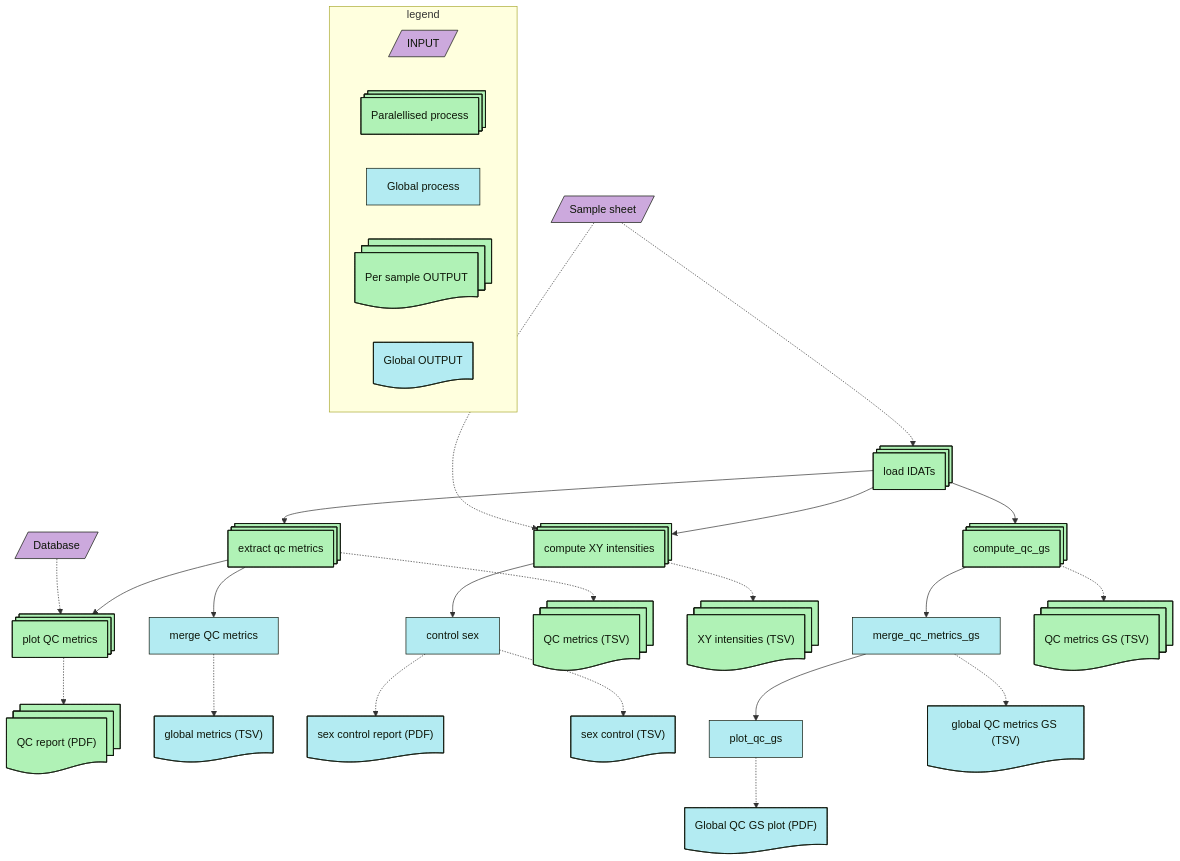
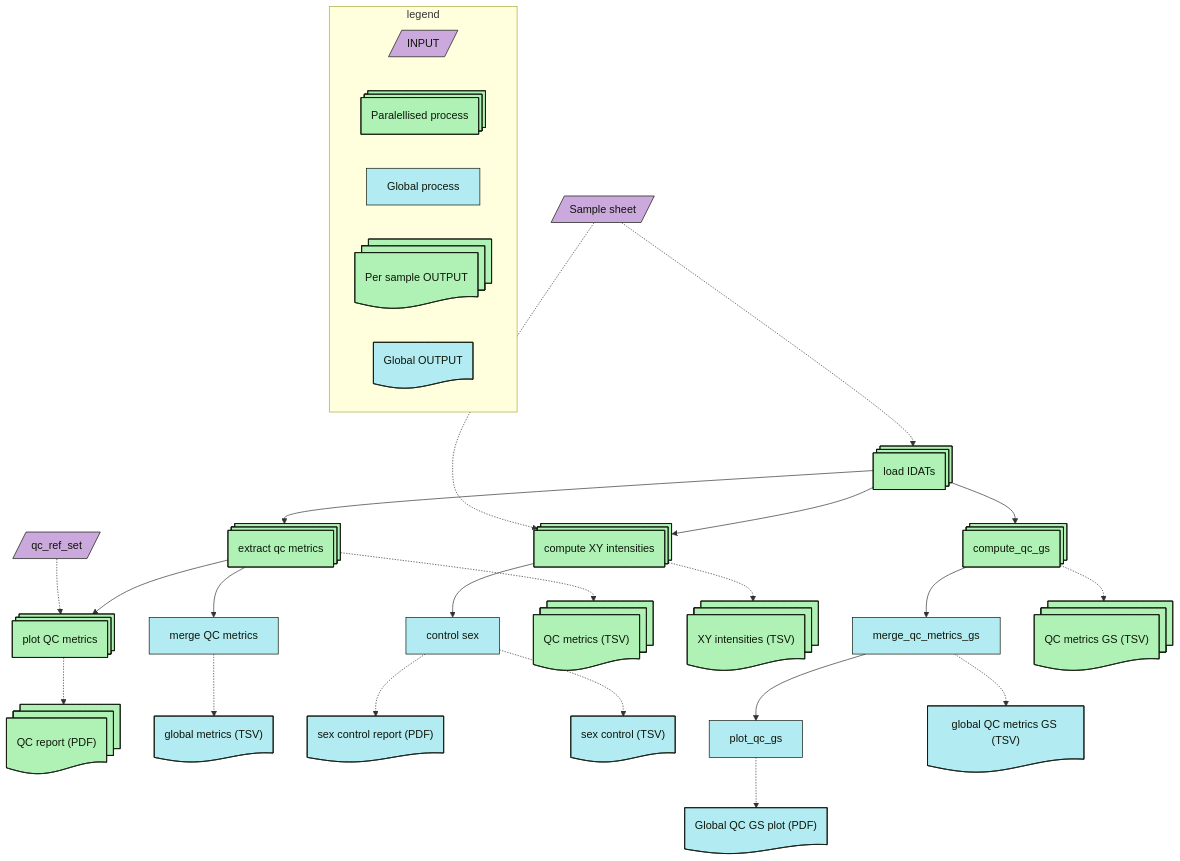
Before and after one commit to Bio2clip/MethylHome: the diagram in doc/QC_workflow.mmd, drawn with Mermaid. The commit also changed 1 other file, not shown here.

```diff
--- a/doc/QC_workflow.mmd
+++ b/doc/QC_workflow.mmd
@@ -1,73 +1,73 @@
 flowchart TB
  subgraph legend["legend"]
         R["INPUT"]
         S["Paralellised process"]
         T["Global process"]
         U["Per sample OUTPUT"]
         V["Global OUTPUT"]
   end
     B["Sample sheet"] -.-> D["load IDATs"] & I["compute XY intensities"]
-    C["Database"] -.-> F["plot QC metrics"]
+    C["qc_ref_set"] -.-> F["plot QC metrics"]
     D --> E["extract qc metrics"] & I & W["compute_qc_gs"]
     E --> F & G["merge QC metrics"]
     I --> J["control sex"]
     E -.-> K["QC metrics (TSV)"]
     F -.-> L["QC report (PDF)"]
     G -.-> M["global metrics (TSV)"]
     J -.-> O["sex control report (PDF)"] & Q["sex control (TSV)"]
     I -.-> P["XY intensities (TSV)"]
     W --> A["merge_qc_metrics_gs"]
     A --> H["plot_qc_gs"]
     W -.-> N["QC metrics GS (TSV)"]
     A -.-> X["global QC metrics GS (TSV)"]
     H -.-> Y["Global QC GS plot (PDF)"]
     R@{ shape: lean-r}
     S@{ shape: processes}
     T@{ shape: rect}
     U@{ shape: docs}
     V@{ shape: doc}
     B@{ shape: lean-r}
     D@{ shape: processes}
     I@{ shape: processes}
     C@{ shape: lean-r}
     F@{ shape: processes}
     E@{ shape: processes}
     W@{ shape: processes}
     G@{ shape: rect}
     J@{ shape: rect}
     K@{ shape: docs}
     L@{ shape: docs}
     M@{ shape: doc}
     O@{ shape: doc}
     Q@{ shape: doc}
     P@{ shape: docs}
     A@{ shape: process}
     H@{ shape: process}
     N@{ shape: docs}
     X@{ shape: doc}
     Y@{ shape: doc}
     style R color:#0e1609, fill:#cca9dd, stroke:#0e1609
     style S color:#0e1609, fill:#b0f2b6 , stroke:#0e1609
     style T color:#0e1609, fill:#B3EBF2, stroke:#0e1609
     style U color:#0e1609, fill:#b0f2b6 , stroke:#0e1609
     style V color:#0e1609, fill:#B3EBF2, stroke:#0e1609
     style B color:#0e1609, fill:#cca9dd, stroke:#0e1609
     style D color:#0e1609, fill:#b0f2b6, stroke:#0e1609
     style I color:#0e1609, fill:#b0f2b6, stroke:#0e1609
     style C color:#0e1609, fill:#cca9dd, stroke:#0e1609
     style F color:#0e1609, fill:#b0f2b6, stroke:#0e1609
     style E color:#0e1609, fill:#b0f2b6, stroke:#0e1609
     style W color:#0e1609, fill:#b0f2b6 , stroke:#0e1609
     style G color:#0e1609, fill:#B3EBF2, stroke:#0e1609
     style J color:#0e1609, fill:#B3EBF2, stroke:#0e1609
     style K color:#0e1609, fill:#b0f2b6 , stroke:#0e1609
     style L color:#0e1609, fill:#b0f2b6 , stroke:#0e1609
     style M color:#0e1609, fill:#B3EBF2, stroke:#0e1609
     style O color:#0e1609, fill:#B3EBF2, stroke:#0e1609
     style Q color:#0e1609, fill:#B3EBF2, stroke:#0e1609
     style P color:#0e1609, fill:#b0f2b6 , stroke:#0e1609
     style A color:#0e1609, fill:#B3EBF2, stroke:#0e1609
     style H color:#0e1609, fill:#B3EBF2, stroke:#0e1609
     style N color:#0e1609, fill:#b0f2b6 , stroke:#0e1609
     style X color:#0e1609, fill:#B3EBF2, stroke:#0e1609
     style Y color:#0e1609, fill:#B3EBF2, stroke:#0e1609
```
